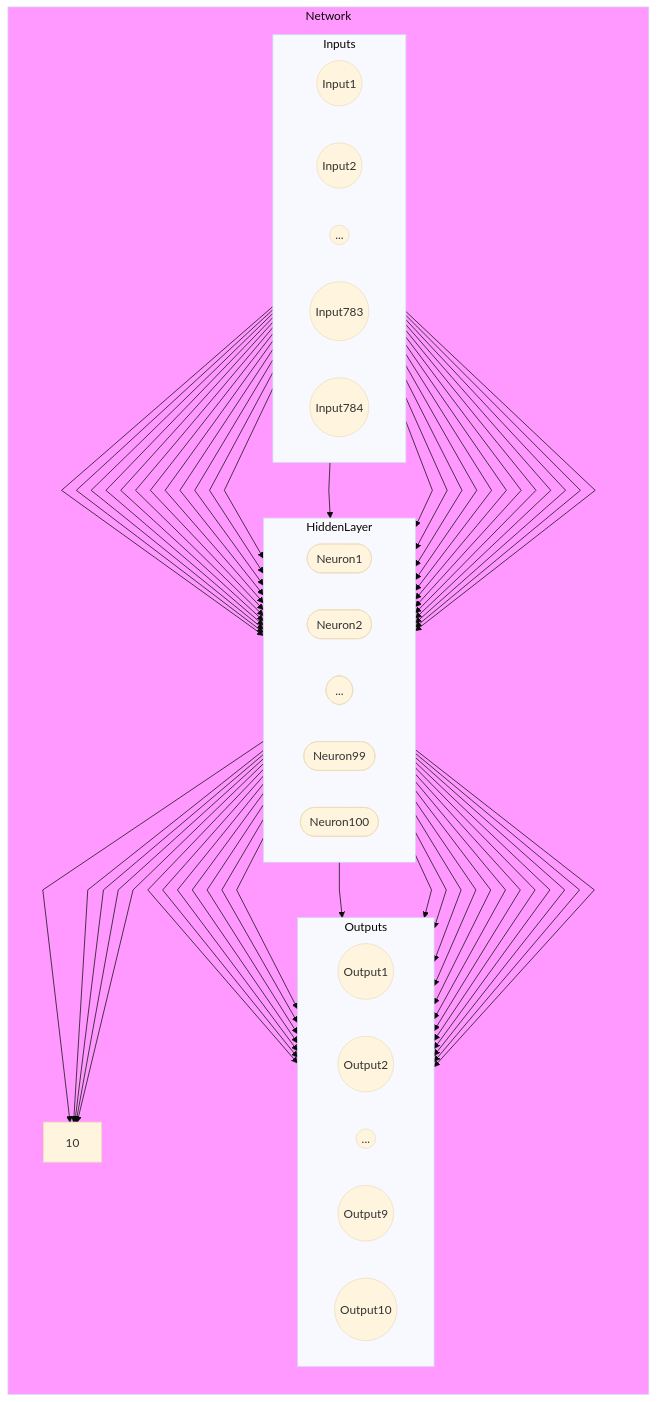
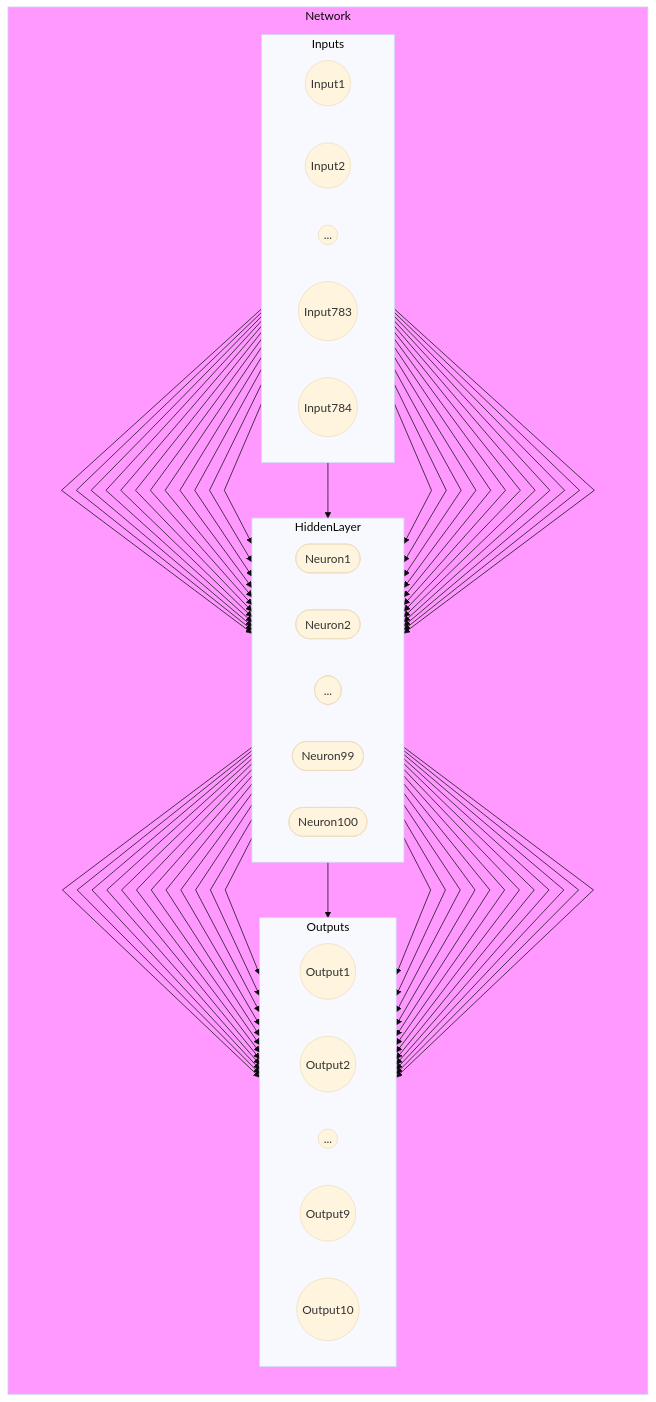
The first of 2 diagrams in notebooks/01_fashionMNIST/README.md (andrelohmann/ai-experiments), drawn with Mermaid (base theme) before and after one commit.

Commit message:
updated Network Graph

````diff
--- a/notebooks/01_fashionMNIST/README.md
+++ b/notebooks/01_fashionMNIST/README.md
@@ -11,47 +11,47 @@
 ```mermaid
     %%{ init: { 'flowchart': { 'curve': 'linear' } } }%%
     flowchart TD
         subgraph Network
             direction TB
             style Network fill:#f9f
             subgraph Inputs
                 direction LR
                 I1((Input1));
                 I2((Input2));
                 Ix((...))
                 I783((Input783));
                 I784((Input784));
             end
 
             subgraph HiddenLayer
                 direction LR
                 N1([Neuron1]);
                 N2([Neuron2]);
                 Nx([...]);
                 N99([Neuron99]);
                 N100([Neuron100]);
             end
 
             subgraph Outputs
                 direction LR
                 O1((Output1));
                 O2((Output2));
                 Ox((...));
                 O9((Output9));
                 O10((Output10));
             end
 
             I1 --> N1 & N2 & Nx & N99 & N100
             I2 --> N1 & N2 & Nx & N99 & N100
             Ix --> N1 & N2 & Nx & N99 & N100
             I783 --> N1 & N2 & Nx & N99 & N100
             I784 --> N1 & N2 & Nx & N99 & N100
 
-            N1 --> O1 & O2 & Ox & O9 & 10
-            N2 --> O1 & O2 & Ox & O9 & 10
-            Nx --> O1 & O2 & Ox & O9 & 10
-            N99 --> O1 & O2 & Ox & O9 & 10
-            N100 --> O1 & O2 & Ox & O9 & 10
+            N1 --> O1 & O2 & Ox & O9 & O10
+            N2 --> O1 & O2 & Ox & O9 & O10
+            Nx --> O1 & O2 & Ox & O9 & O10
+            N99 --> O1 & O2 & Ox & O9 & O10
+            N100 --> O1 & O2 & Ox & O9 & O10
 
         end
 ```
````
